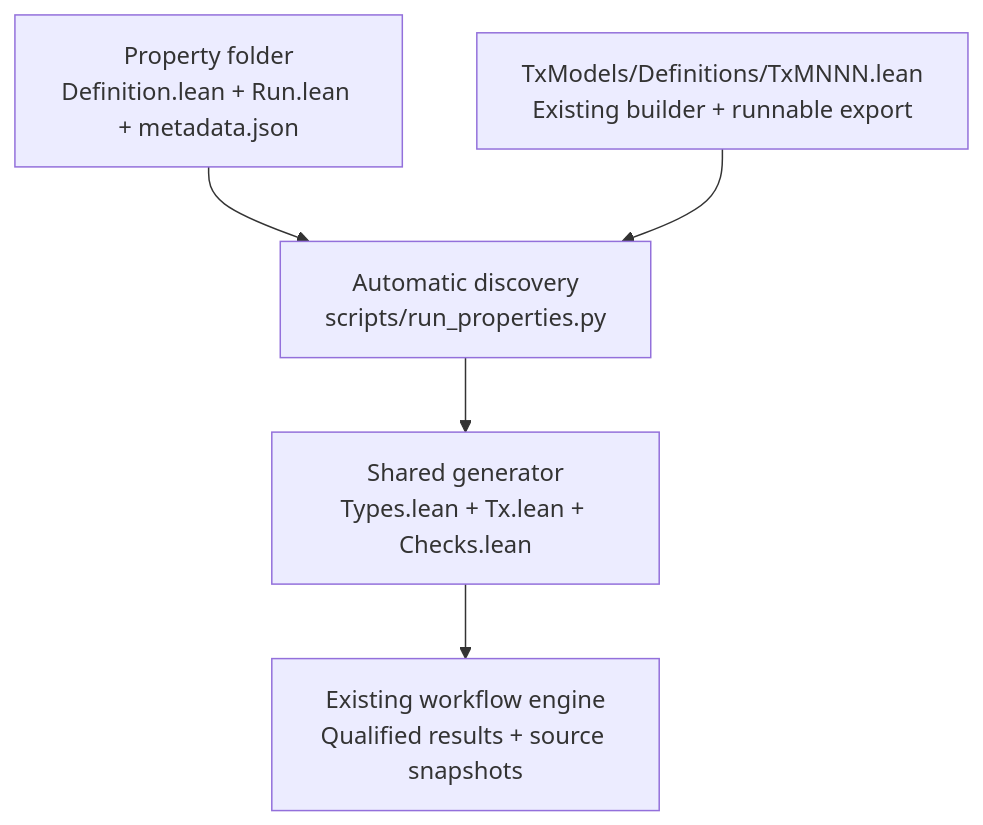
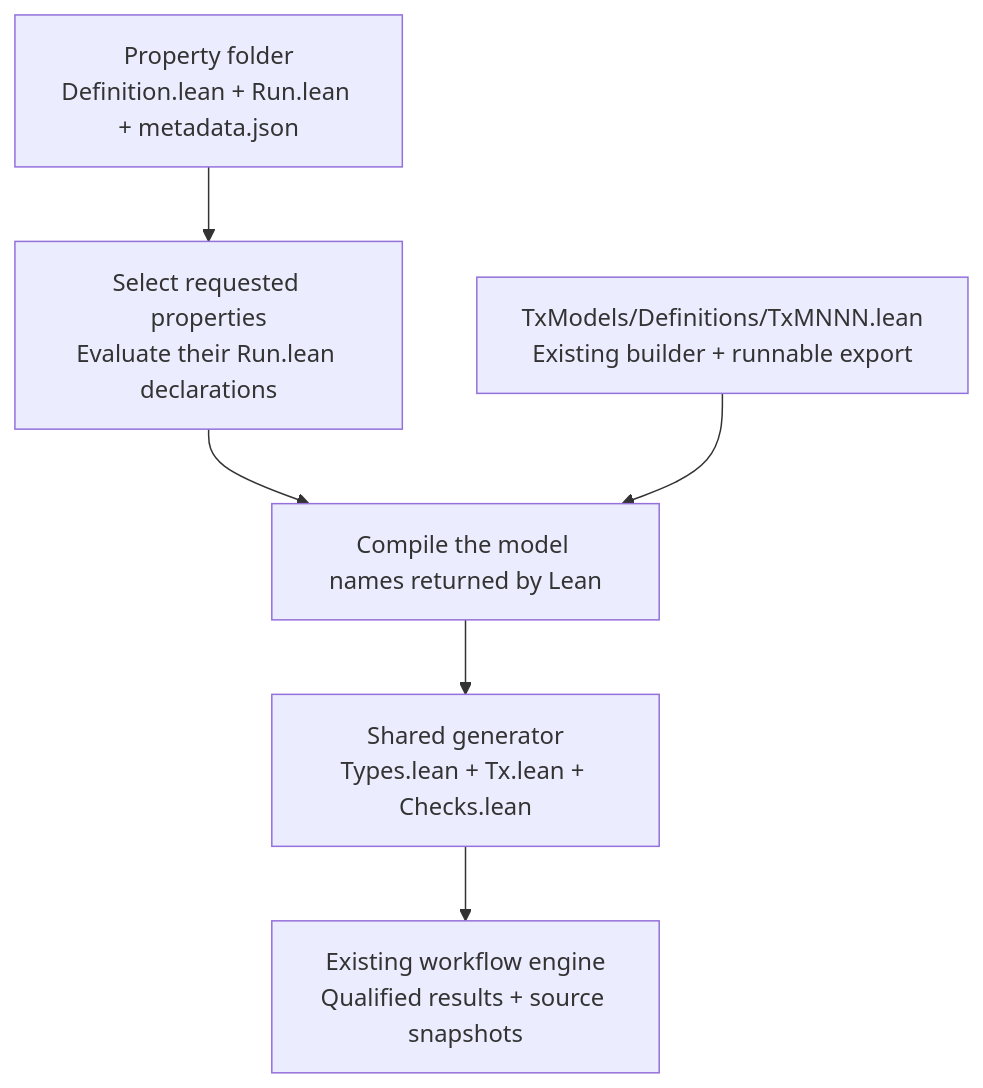
One commit to input-output-hk/contracts-library changed the diagram in formal/Workflow/Declarative/README.md. Above: the diagram before and after it, drawn with Mermaid. The commit also changed other lines of this file and 36 other files, not shown here.

````diff
--- a/formal/Workflow/Declarative/README.md
+++ b/formal/Workflow/Declarative/README.md
@@ -7,9 +9,10 @@
 ```mermaid
 flowchart TD
     R["Property folder<br/>Definition.lean + Run.lean + metadata.json"]
     M["TxModels/Definitions/TxMNNN.lean<br/>Existing builder + runnable export"]
-    R --> D["Automatic discovery<br/>scripts/run_properties.py"]
-    M --> D
-    D --> G["Shared generator<br/>Types.lean + Tx.lean + Checks.lean"]
+    R --> D["Select requested properties<br/>Evaluate their Run.lean declarations"]
+    D --> S["Compile the model names returned by Lean"]
+    M --> S
+    S --> G["Shared generator<br/>Types.lean + Tx.lean + Checks.lean"]
     G --> V["Existing workflow engine<br/>Qualified results + source snapshots"]
 ```
````
